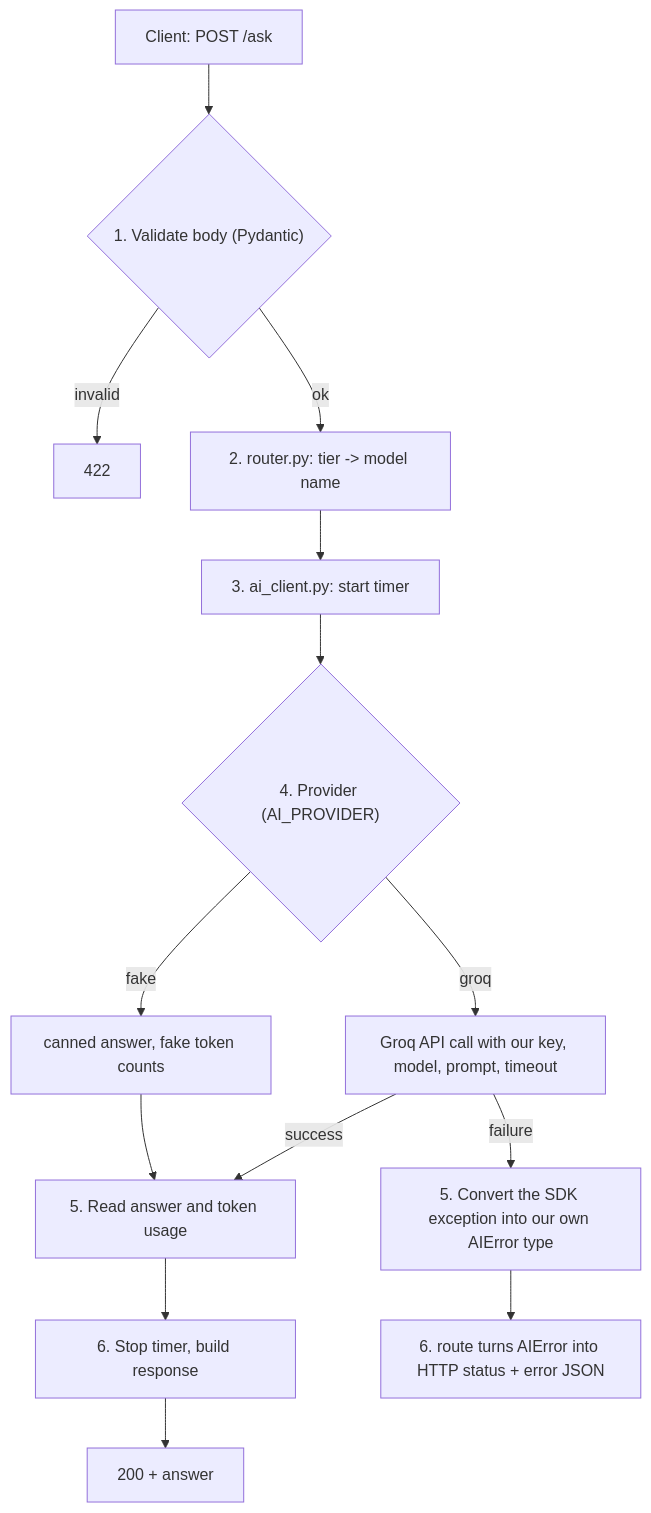
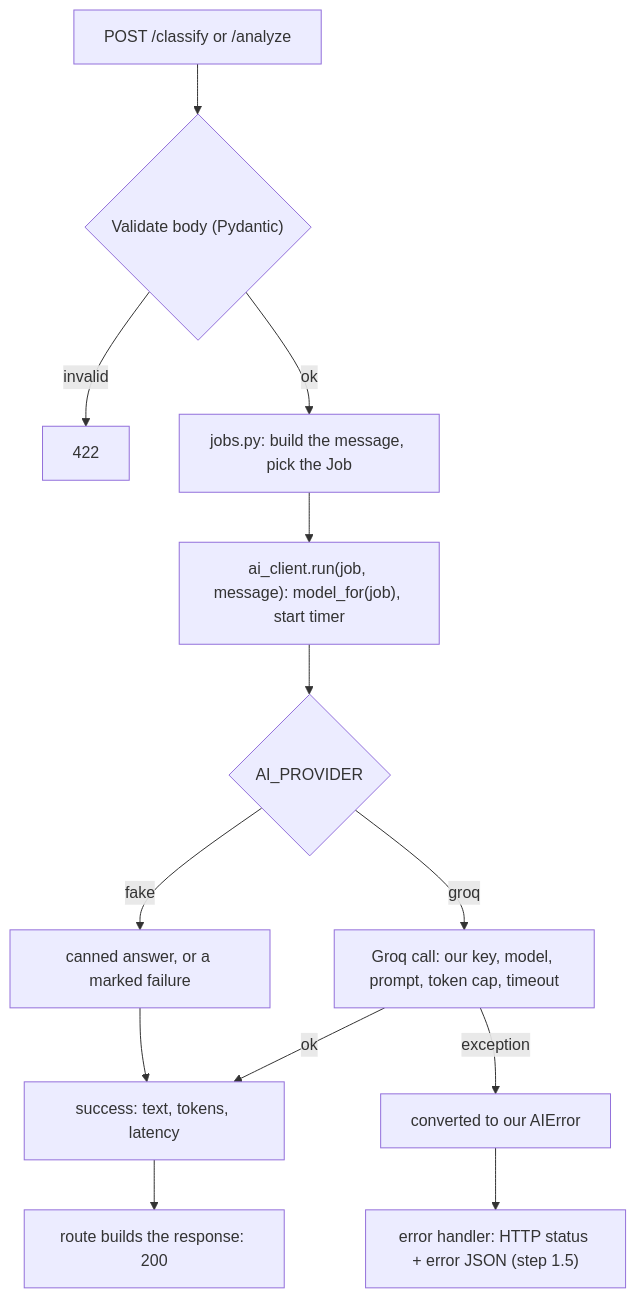
The diagram in LEARNING.md (ahmedootta/reliability-platform), drawn with Mermaid before and after one commit. The commit also changed other lines of this file and 4 other files, not shown here.

````diff
--- a/LEARNING.md
+++ b/LEARNING.md
@@ -250,16 +214,15 @@
 ```mermaid
 flowchart TD
-  A["Client: POST /ask"] --> B{"1. Validate body (Pydantic)"}
+  A["POST /classify or /analyze"] --> B{"Validate body (Pydantic)"}
   B -- invalid --> B1["422"]
-  B -- ok --> C["2. router.py: tier -> model name"]
-  C --> D["3. ai_client.py: start timer"]
-  D --> E{"4. Provider (AI_PROVIDER)"}
-  E -- fake --> F["canned answer, fake token counts"]
-  E -- groq --> G["Groq API call with our key, model, prompt, timeout"]
-  G -- success --> H["5. Read answer and token usage"]
-  G -- failure --> I["5. Convert the SDK exception into our own AIError type"]
-  F --> H
-  H --> J["6. Stop timer, build response"]
-  I --> K["6. route turns AIError into HTTP status + error JSON"]
-  J --> L["200 + answer"]
+  B -- ok --> C["jobs.py: build the message, pick the Job"]
+  C --> D["ai_client.run(job, message): model_for(job), start timer"]
+  D --> E{"AI_PROVIDER"}
+  E -- fake --> F["canned answer, or a marked failure"]
+  E -- groq --> G["Groq call: our key, model, prompt, token cap, timeout"]
+  F --> H["success: text, tokens, latency"]
+  G -- ok --> H
+  G -- exception --> I["converted to our AIError"]
+  H --> J["route builds the response: 200"]
+  I --> K["error handler: HTTP status + error JSON (step 1.5)"]
 ```
````
